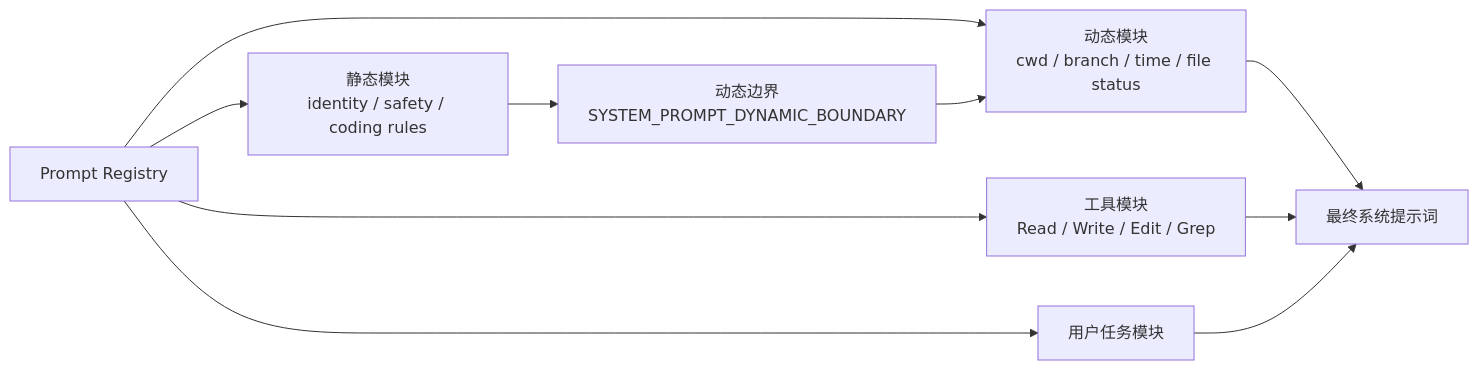
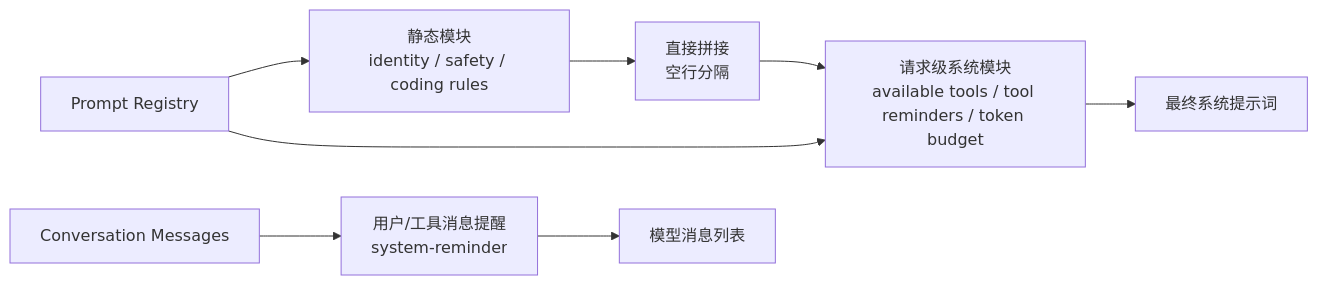
Before and after one commit to pygent-ai/lora: the second of 5 diagrams in doc_design/agent_design/agent-context-architecture-zh.md, drawn with Mermaid. The commit also changed other lines of this file and 38 other files, not shown here.

````diff
--- a/doc_design/agent_design/agent-context-architecture-zh.md
+++ b/doc_design/agent_design/agent-context-architecture-zh.md
@@ -58,13 +58,11 @@
 ```mermaid
 flowchart LR
   Registry["Prompt Registry"] --> Static["静态模块<br/>identity / safety / coding rules"]
-  Registry --> Dynamic["动态模块<br/>cwd / branch / time / file status"]
-  Registry --> Tool["工具模块<br/>Read / Write / Edit / Grep"]
-  Registry --> User["用户任务模块"]
+  Registry --> RequestSystem["请求级系统模块<br/>available tools / tool reminders / token budget"]
+  Messages["Conversation Messages"] --> UserReminder["用户/工具消息提醒<br/>system-reminder"]
 
-  Static --> Boundary["动态边界<br/>SYSTEM_PROMPT_DYNAMIC_BOUNDARY"]
-  Boundary --> Dynamic
-  Dynamic --> Final["最终系统提示词"]
-  Tool --> Final
-  User --> Final
+  Static --> Join["直接拼接<br/>空行分隔"]
+  Join --> RequestSystem
+  RequestSystem --> Final["最终系统提示词"]
+  UserReminder --> ModelMessages["模型消息列表"]
 ```
````
